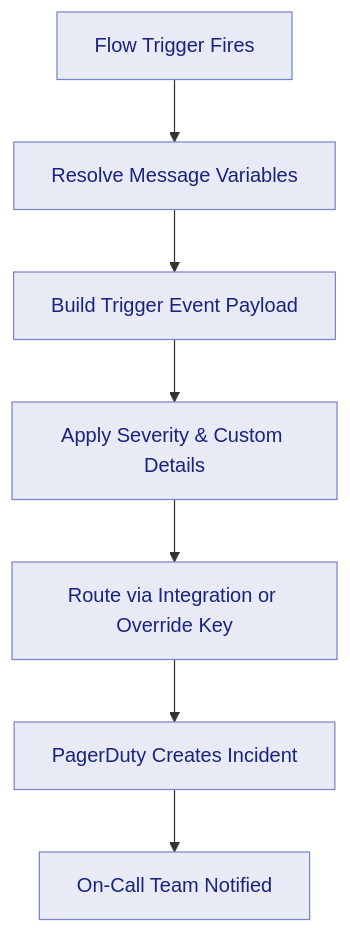
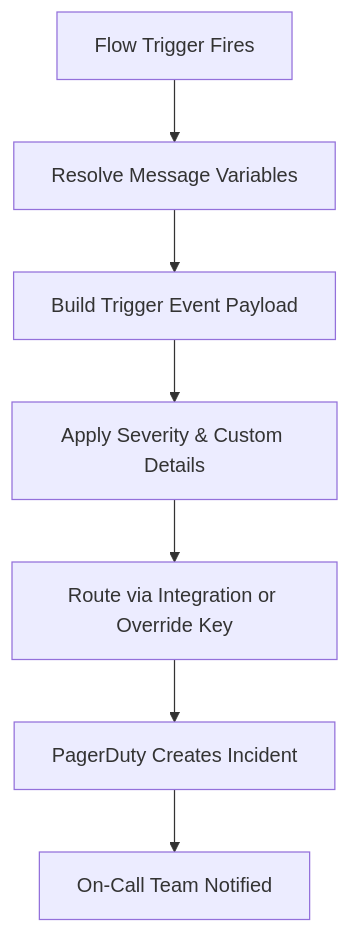
The diagram in docs/flows/notifications/pagerduty/overview.md (Qualytics/userguide), drawn with Mermaid before and after one commit. The commit also changed other lines of this file and 7 other files, not shown here.

First line of the commit message:
docs: remove custom mermaid styles, centralize diagrams, and update navigation

````diff
--- a/docs/flows/notifications/pagerduty/overview.md
+++ b/docs/flows/notifications/pagerduty/overview.md
@@ -10,17 +12,9 @@
 ```mermaid
 flowchart TD
     A[Flow Trigger Fires] --> B[Resolve Message Variables]
     B --> C[Build Trigger Event Payload]
     C --> D[Apply Severity & Custom Details]
     D --> E[Route via Integration or Override Key]
     E --> F[PagerDuty Creates Incident]
     F --> G[On-Call Team Notified]
-
-    style A fill:#E8EAF6,color:#1A237E,stroke:#7986CB
-    style B fill:#E8EAF6,color:#1A237E,stroke:#7986CB
-    style C fill:#E8EAF6,color:#1A237E,stroke:#7986CB
-    style D fill:#E8EAF6,color:#1A237E,stroke:#7986CB
-    style E fill:#E8EAF6,color:#1A237E,stroke:#7986CB
-    style F fill:#E8EAF6,color:#1A237E,stroke:#7986CB
-    style G fill:#E8EAF6,color:#1A237E,stroke:#7986CB
 ```
````
